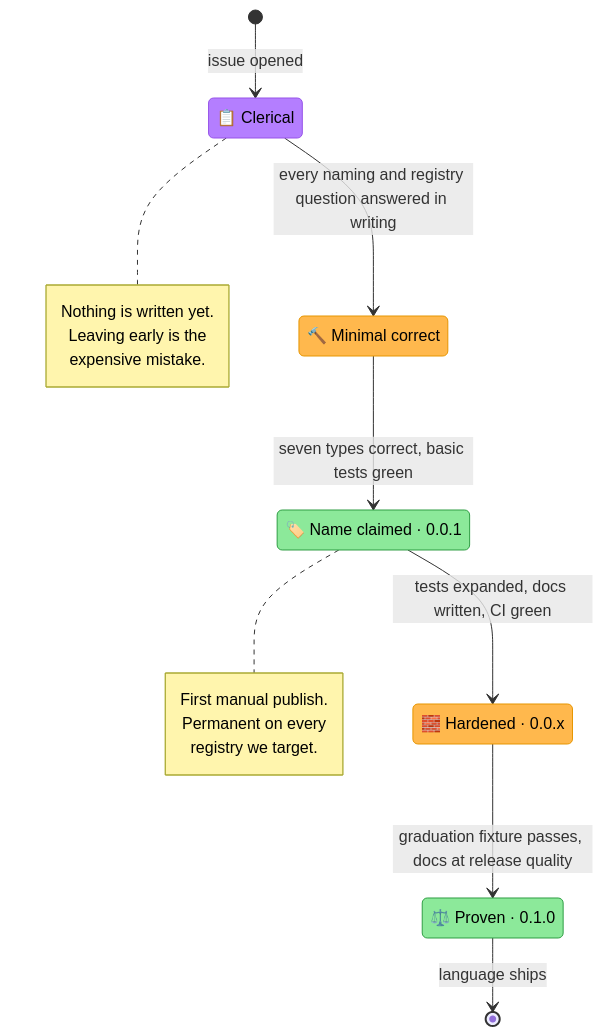
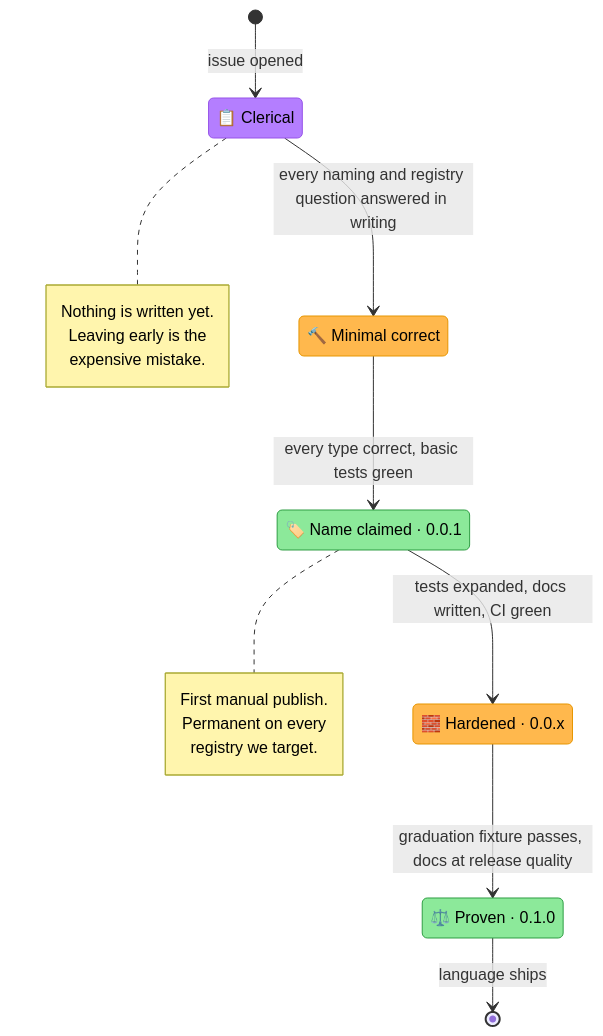
The diagram in docs/maintenance/adding-a-language.md (pawan-vyas/verdict-rules), drawn with Mermaid before and after one commit. The commit also changed other lines of this file and 1 other file, not shown here.

````diff
--- a/docs/maintenance/adding-a-language.md
+++ b/docs/maintenance/adding-a-language.md
@@ -36,39 +36,39 @@
 ```mermaid
 stateDiagram-v2
     direction TB
     [*] --> Clerical: issue opened
 
     state "📋 Clerical" as Clerical
     state "🔨 Minimal correct" as Minimal
     state "🏷️ Name claimed · 0.0.1" as Claimed
     state "🧱 Hardened · 0.0.x" as Hardened
     state "⚖️ Proven · 0.1.0" as Proven
 
     Clerical --> Minimal: every naming and registry question answered in writing
-    Minimal --> Claimed: seven types correct, basic tests green
+    Minimal --> Claimed: every type correct, basic tests green
     Claimed --> Hardened: tests expanded, docs written, CI green
     Hardened --> Proven: graduation fixture passes, docs at release quality
     Proven --> [*]: language ships
 
     note right of Clerical
         Nothing is written yet.
         Leaving early is the
         expensive mistake.
     end note
 
     note right of Claimed
         First manual publish.
         Permanent on every
         registry we target.
     end note
 
     classDef prep fill:#B47EFF,stroke:#9654E8,color:#000
     classDef build fill:#FFB84D,stroke:#E69500,color:#000
     classDef shipped fill:#8CE99A,stroke:#2F9E44,color:#000
 
     class Clerical prep
     class Minimal build
     class Hardened build
     class Claimed shipped
     class Proven shipped
 ```
````
